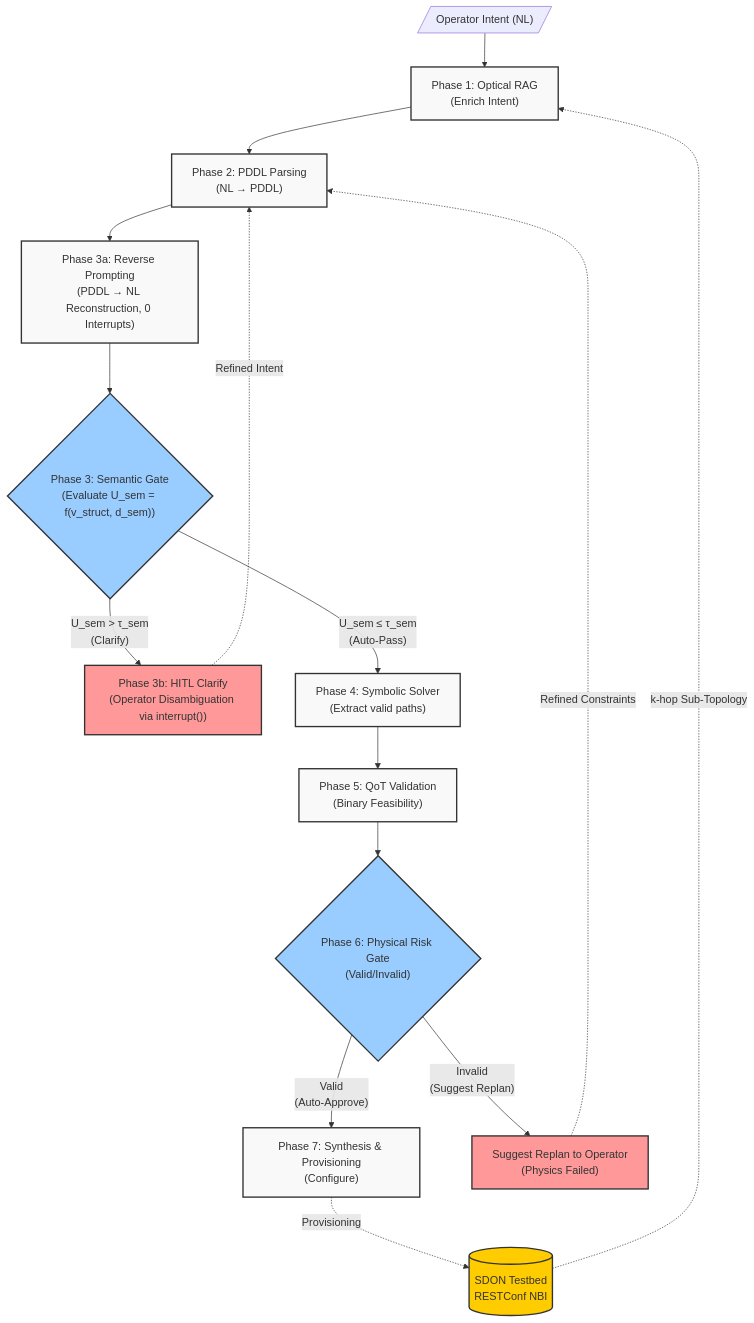
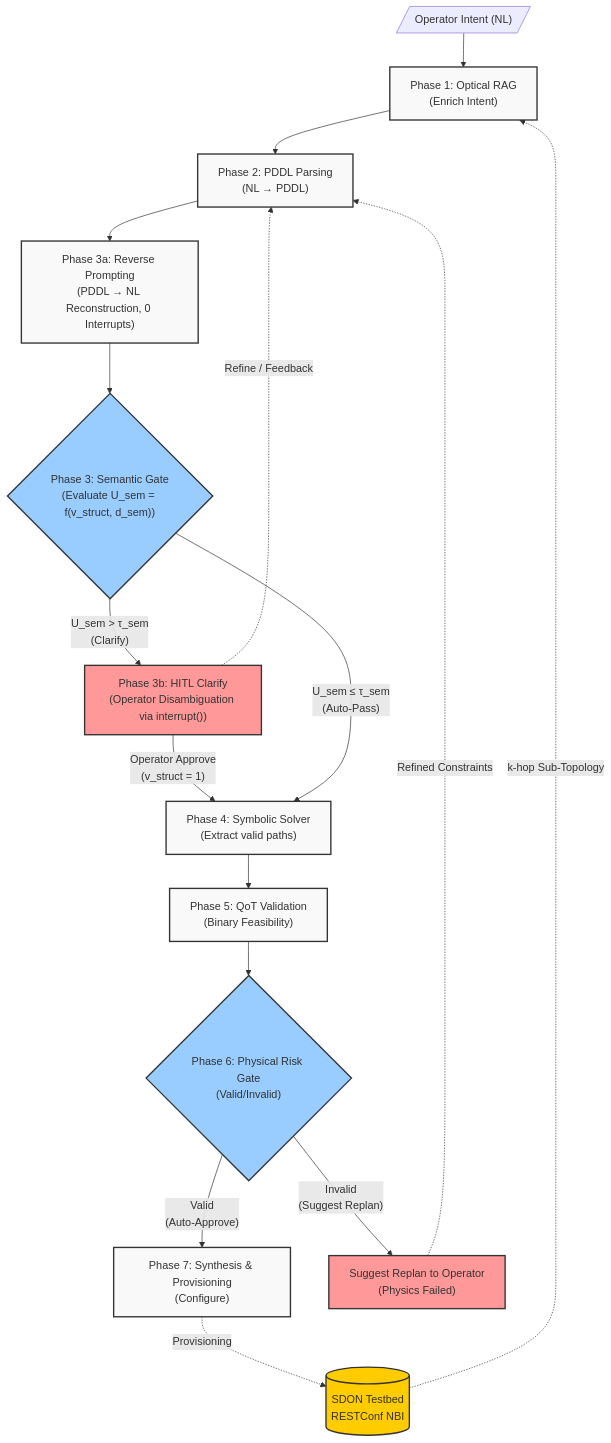
Before and after one commit to ABADIAb/MultiAgent-ON: the diagram in docs/LLM_Wiki/wiki/architecture/Architecture_v5.md, drawn with Mermaid. The commit also changed other lines of this file and 23 other files, not shown here.

````diff
--- a/docs/LLM_Wiki/wiki/architecture/Architecture_v5.md
+++ b/docs/LLM_Wiki/wiki/architecture/Architecture_v5.md
@@ -34,41 +34,42 @@
 ```mermaid
 flowchart TD
     %% Styling
     classDef phase fill:#f9f9f9,stroke:#333,stroke-width:2px
     classDef decision fill:#99ccff,stroke:#333,stroke-width:2px
     classDef hitl fill:#ff9999,stroke:#333,stroke-width:2px
     classDef testbed fill:#ffcc00,stroke:#333,stroke-width:2px
     classDef reject fill:#ff6666,stroke:#333,stroke-width:2px,color:#fff
 
     UserIntent[/"Operator Intent (NL)"/] --> Phase1
      
     Phase1["Phase 1: Optical RAG<br/>(Enrich Intent)"]:::phase
     Phase2["Phase 2: PDDL Parsing<br/>(NL → PDDL)"]:::phase
     Phase3a["Phase 3a: Reverse Prompting<br/>(PDDL → NL Reconstruction, 0 Interrupts)"]:::phase
     Phase3{"Phase 3: Semantic Gate<br/>(Evaluate U_sem = f(v_struct, d_sem))"}:::decision
     Phase3b["Phase 3b: HITL Clarify<br/>(Operator Disambiguation via interrupt())"]:::hitl
     Phase4["Phase 4: Symbolic Solver<br/>(Extract valid paths)"]:::phase
     Phase5["Phase 5: QoT Validation<br/>(Binary Feasibility)"]:::phase
     Phase6{"Phase 6: Physical Risk Gate<br/>(Valid/Invalid)"}:::decision
     Phase7["Phase 7: Synthesis & Provisioning<br/>(Configure)"]:::phase
     
     Replan["Suggest Replan to Operator<br/>(Physics Failed)"]:::hitl
     
     Phase1 --> Phase2
     Phase2 --> Phase3a
     Phase3a --> Phase3
     Phase3 -->|"U_sem > τ_sem<br/>(Clarify)"| Phase3b
-    Phase3b -.->|"Refined Intent"| Phase2
+    Phase3b -.->|"Refine / Feedback"| Phase2
+    Phase3b -->|"Operator Approve<br/>(v_struct = 1)"| Phase4
     Phase3 -->|"U_sem ≤ τ_sem<br/>(Auto-Pass)"| Phase4
     Phase4 --> Phase5
     Phase5 --> Phase6
     
     Phase6 -->|"Valid<br/>(Auto-Approve)"| Phase7
     Phase6 -->|"Invalid<br/>(Suggest Replan)"| Replan
 
     Replan -.->|"Refined Constraints"| Phase2
 
     Testbed[("SDON Testbed<br/>RESTConf NBI")]:::testbed
     Phase7 -.->|"Provisioning"| Testbed
     Testbed -.->|"k-hop Sub-Topology"| Phase1
 ```
````
